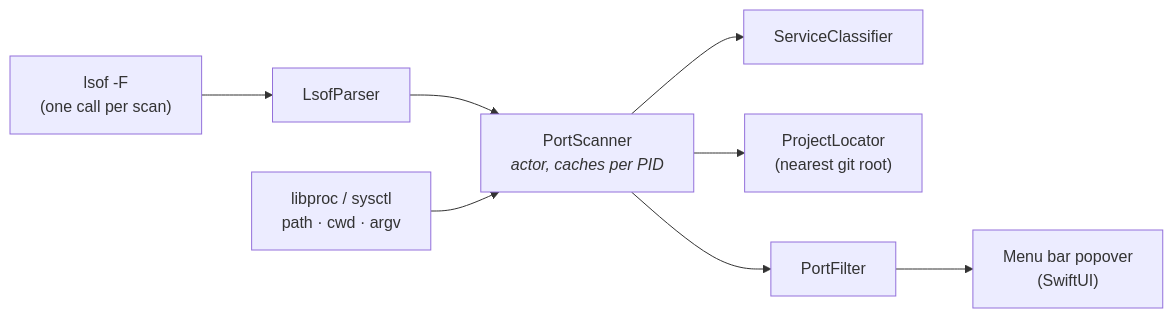
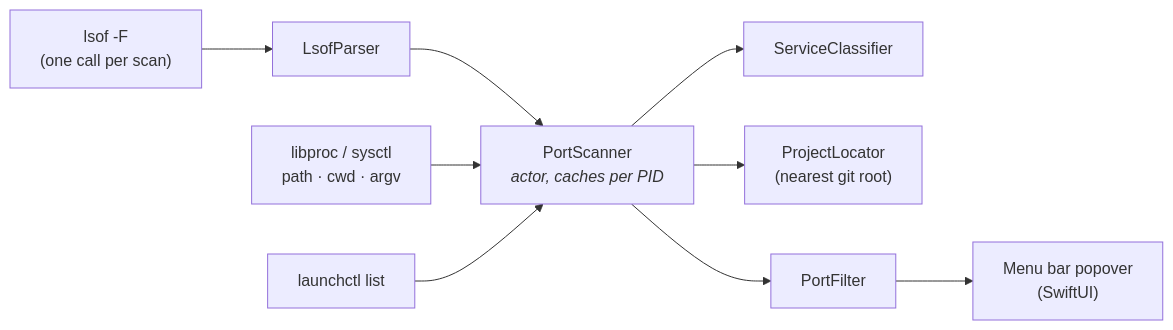
Before and after one commit to zontaggio/porticide: the diagram in README.md, drawn with Mermaid. The commit also changed other lines of this file and 4 other files, not shown here.

````diff
--- a/README.md
+++ b/README.md
@@ -86,10 +87,11 @@
 ```mermaid
 flowchart LR
     lsof["lsof -F<br/>(one call per scan)"] --> parser[LsofParser]
     parser --> scanner[PortScanner<br/><i>actor, caches per PID</i>]
     kernel["libproc / sysctl<br/>path · cwd · argv"] --> scanner
     scanner --> classifier[ServiceClassifier]
     scanner --> locator["ProjectLocator<br/>(nearest git root)"]
+    launchd["launchctl list"] --> scanner
     scanner --> filter[PortFilter]
     filter --> ui["Menu bar popover<br/>(SwiftUI)"]
 ```
````
